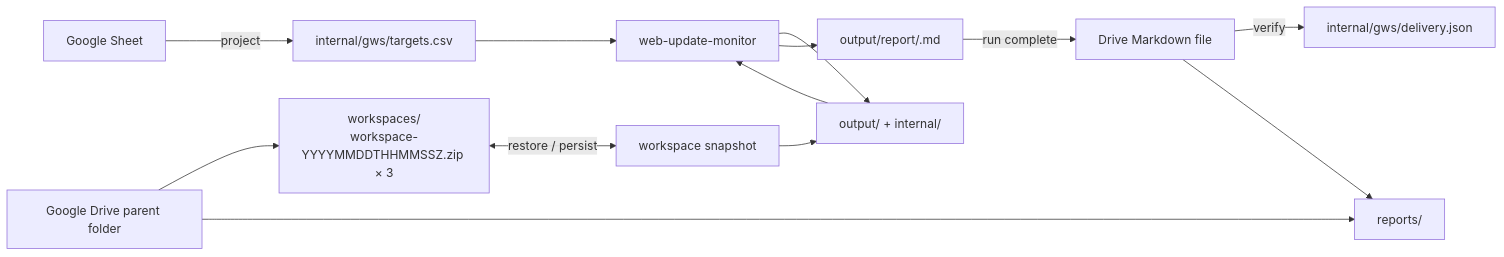
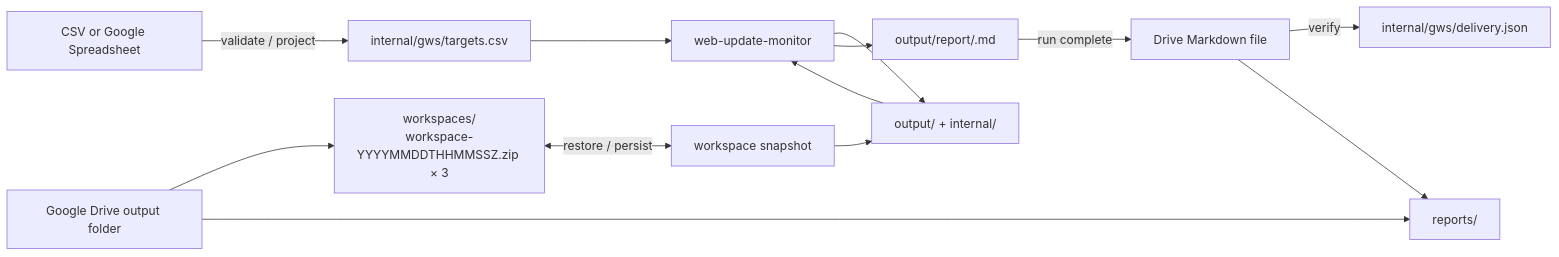
One commit to dceoy/wsum changed the diagram in skills/web-update-monitor-gws/SKILL.md. Above: the diagram before and after it, drawn with Mermaid. The commit also changed other lines of this file, not shown here.

Commit message:
docs(gws): accept just targets table and Drive output folder

````diff
--- a/skills/web-update-monitor-gws/SKILL.md
+++ b/skills/web-update-monitor-gws/SKILL.md
@@ -16,15 +16,15 @@
 ```mermaid
 flowchart LR
-    GS["Google Sheet"] -->|project| CSV["internal/gws/targets.csv"]
-    DP["Google Drive parent folder"] --> DS["workspaces/<br/>workspace-YYYYMMDDTHHMMSSZ.zip × 3"]
+    GS["CSV or Google Spreadsheet"] -->|validate / project| CSV["internal/gws/targets.csv"]
+    DP["Google Drive output folder"] --> DS["workspaces/<br/>workspace-YYYYMMDDTHHMMSSZ.zip × 3"]
     DP --> DR["reports/"]
     DS <-->|restore / persist| WS["workspace snapshot"]
     WS --> WORKSPACE["output/ + internal/"]
     CSV --> CORE["web-update-monitor"]
     WORKSPACE --> CORE
     CORE --> WORKSPACE
     CORE --> REPORT["output/report/<run-id>.md"]
     REPORT -->|run complete| GMD["Drive Markdown file"]
     GMD -->|verify| DELIVERY["internal/gws/delivery.json"]
     GMD --> DR
 ```
````
